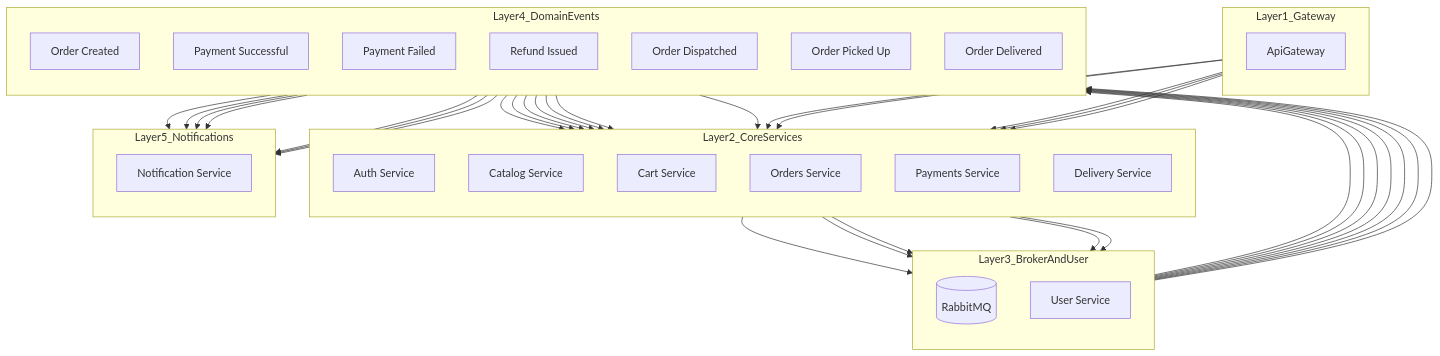
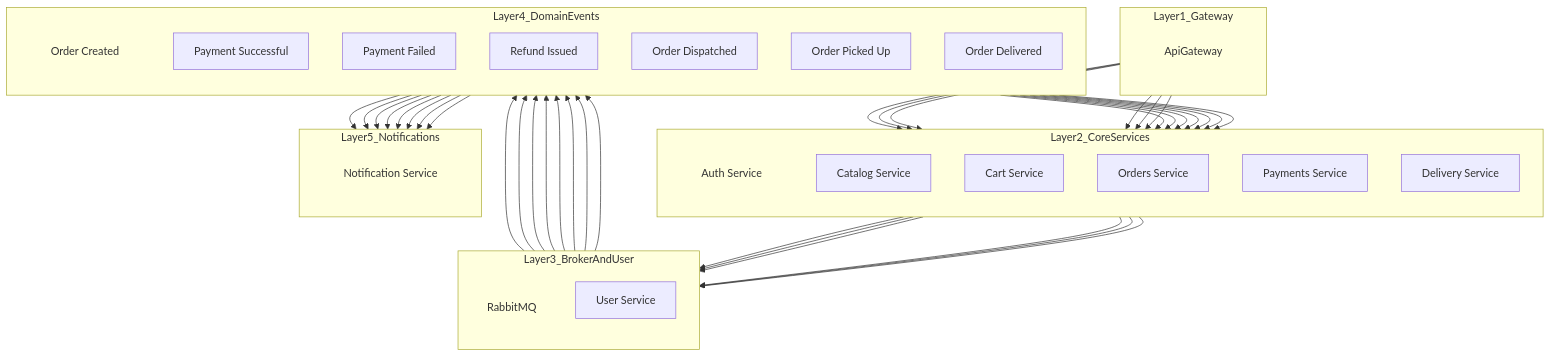
One commit to NVolnukhin/OrderAccountingSystem changed the diagram in README.md. Above: the diagram before and after it, drawn with Mermaid.

Commit message:
update READNE

```diff
--- a/README.md
+++ b/README.md
@@ -70,6 +70,17 @@
       NO[Notification Service]
    end
 
+%% Force vertical alignment with invisible link
+   AG --> AU
+   AU --> RMQ
+   RMQ --> OC
+   OC --> NO
+   style AG fill-opacity:0,stroke-opacity:0
+   style AU fill-opacity:0,stroke-opacity:0
+   style RMQ fill-opacity:0,stroke-opacity:0
+   style OC fill-opacity:0,stroke-opacity:0
+   style NO fill-opacity:0,stroke-opacity:0
+
 %% Gateway routing
    AG --> AU
    AG --> CA
```
